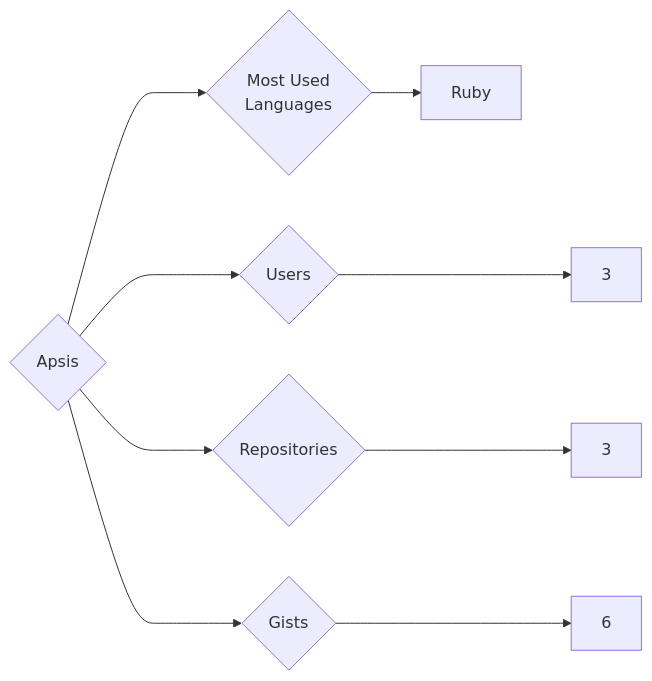
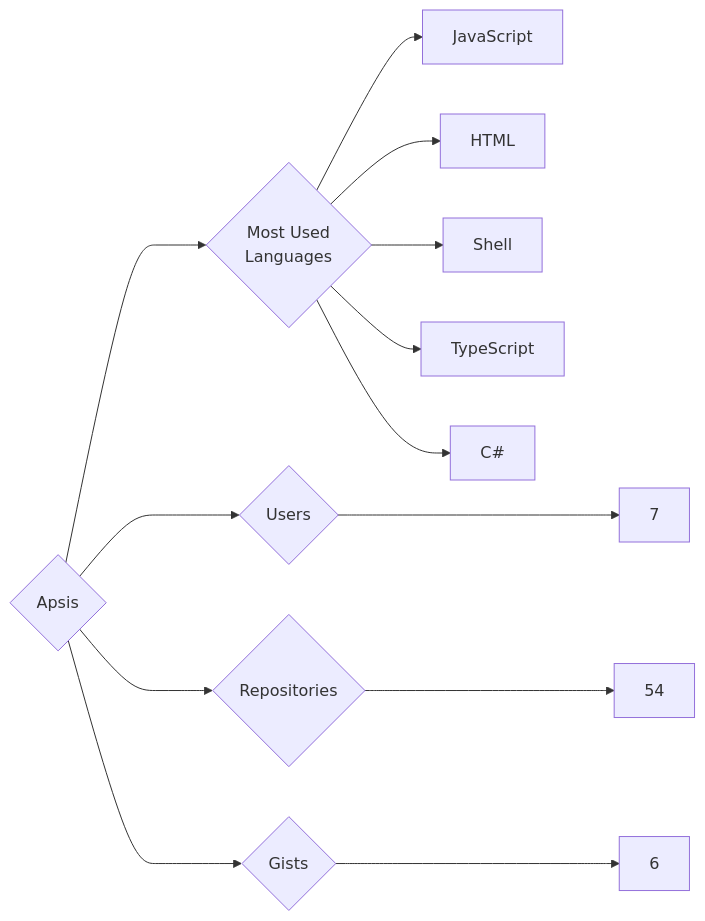
One commit to trickest/insiders changed the diagram in targets/Apsis/README.md. Above: the diagram before and after it, drawn with Mermaid. The commit also changed 838 other files, not shown here.

````diff
--- a/targets/Apsis/README.md
+++ b/targets/Apsis/README.md
@@ -3,9 +3,13 @@
 ```mermaid
 graph LR
 COMPANY_NAME{Apsis}
-COMPANY_NAME ---> U{Users} ---> UN[3]
-COMPANY_NAME ---> R{Repositories} ---> RN[3]
+COMPANY_NAME ---> U{Users} ---> UN[7]
+COMPANY_NAME ---> R{Repositories} ---> RN[54]
 COMPANY_NAME ---> G{Gists} ---> GN[6]
 COMPANY_NAME ---> ML{Most Used<br>Languages}
-ML --> Ruby[Ruby]
+ML --> JavaScript[JavaScript]
+ML --> HTML[HTML]
+ML --> Shell[Shell]
+ML --> TypeScript[TypeScript]
+ML --> C#[C#]
 ```
````
